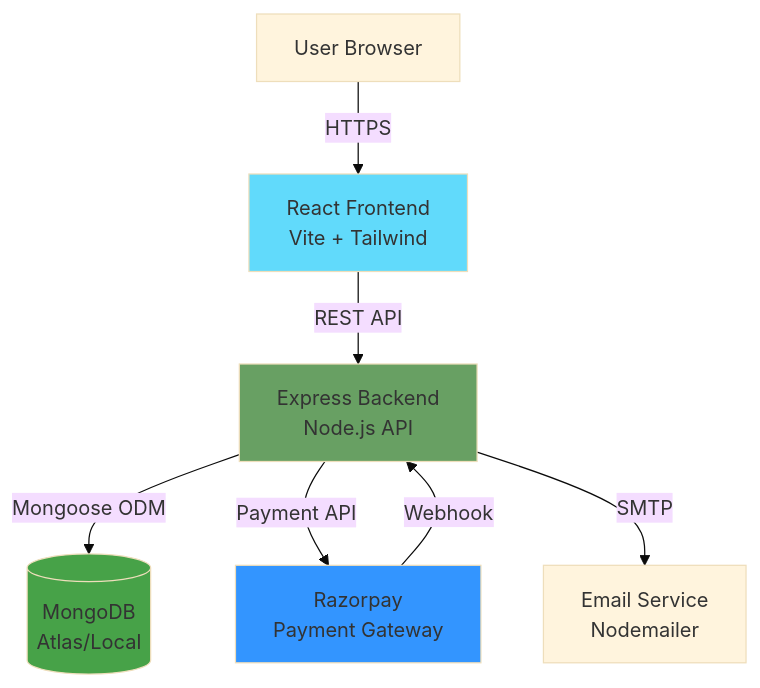
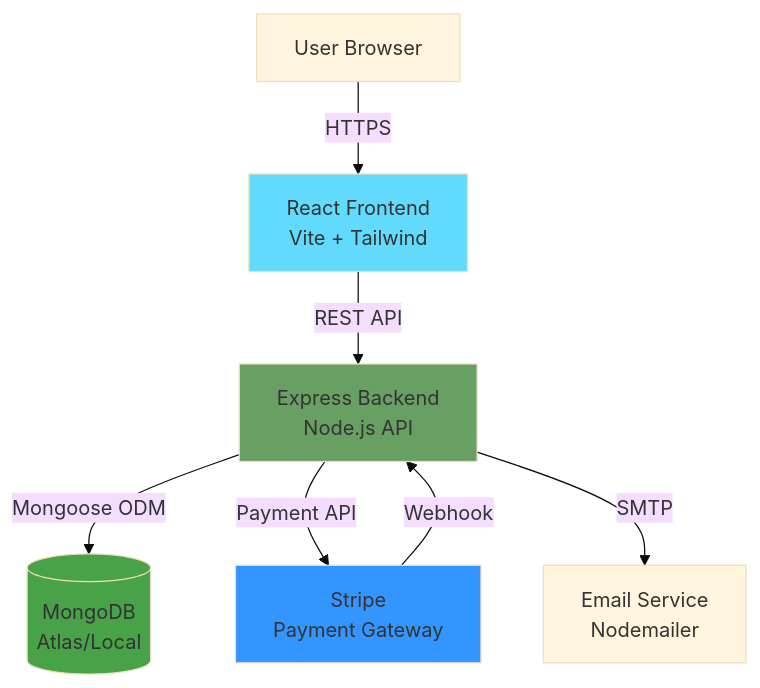
The first of 9 diagrams in docs/ARCHITECTURE.md (itxSaaad/pizza-palette-app-mern-OIBSIP-task-1), drawn with Mermaid (base theme) before and after one commit. The commit also changed other lines of this file and 10 other files, not shown here.

First line of the commit message:
docs: rewrite Razorpay content for Stripe, fix fictional error codes, add missing files

````diff
--- a/docs/ARCHITECTURE.md
+++ b/docs/ARCHITECTURE.md
@@ -73,21 +73,21 @@
 ```mermaid
 graph TB
     User[User Browser]
     Frontend[React Frontend<br/>Vite + Tailwind]
     Backend[Express Backend<br/>Node.js API]
     Database[(MongoDB<br/>Atlas/Local)]
-    Payment[Razorpay<br/>Payment Gateway]
+    Payment[Stripe<br/>Payment Gateway]
     Email[Email Service<br/>Nodemailer]
     
     User -->|HTTPS| Frontend
     Frontend -->|REST API| Backend
     Backend -->|Mongoose ODM| Database
     Backend -->|Payment API| Payment
     Backend -->|SMTP| Email
     Payment -->|Webhook| Backend
     
     style Frontend fill:#61dafb
     style Backend fill:#68a063
     style Database fill:#47a248
     style Payment fill:#3395ff
 ```
````
